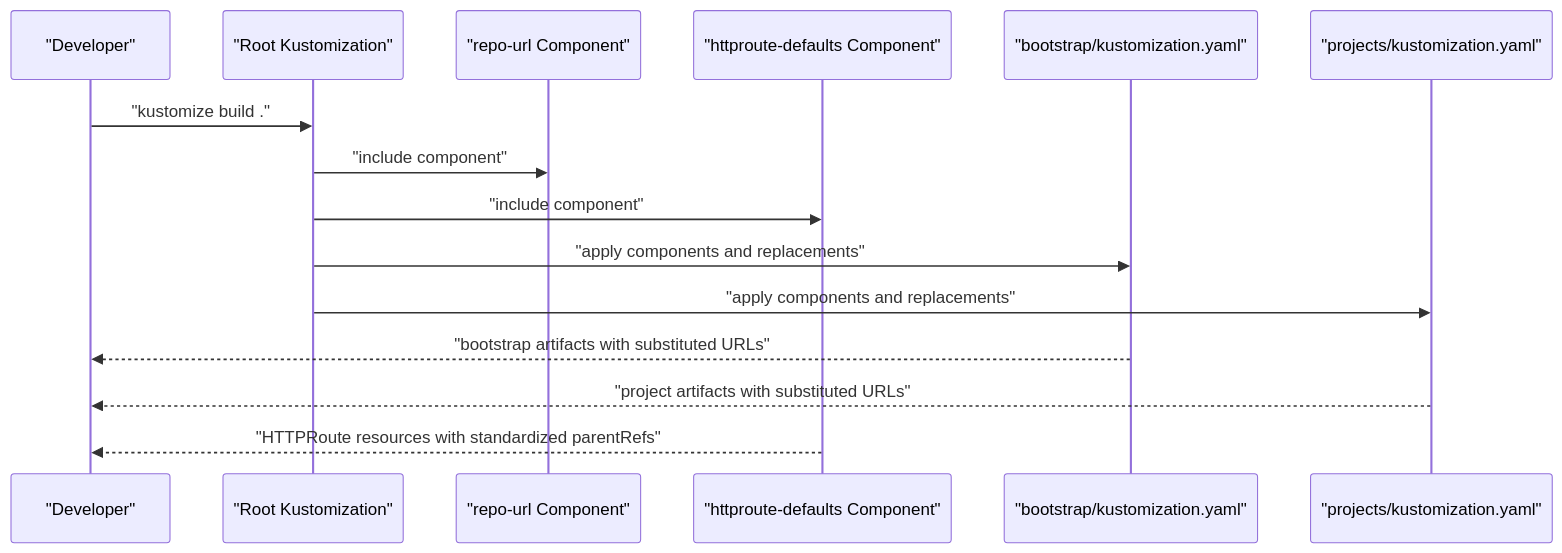
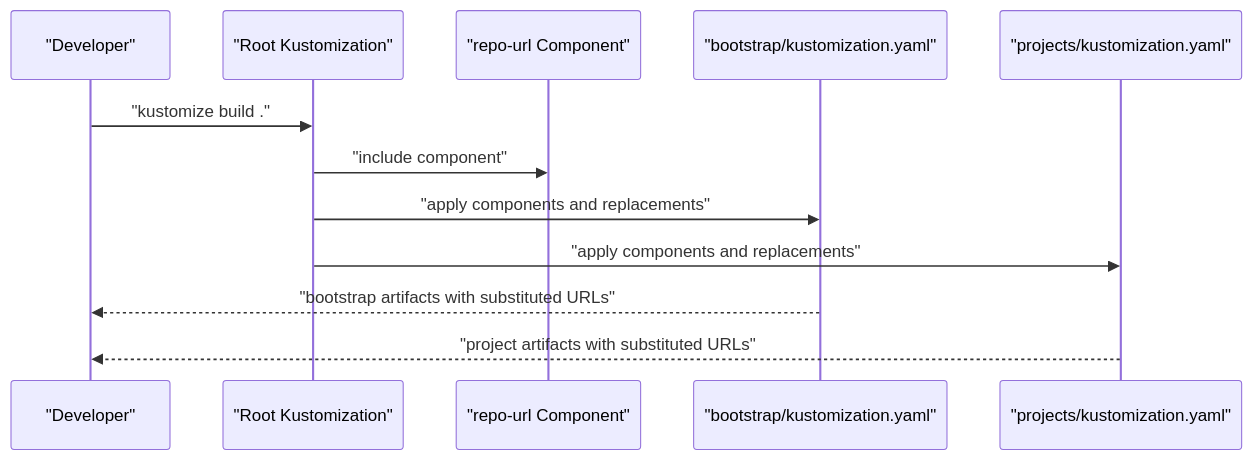
The second of 7 diagrams in .qoder/repowiki/en/content/Architecture and Design/Component-Based Design Patterns.md (Hoangvu75/k8s_manifest), drawn with Mermaid before and after one commit. The commit also changed other lines of this file and 15 other files, not shown here.

````diff
--- a/.qoder/repowiki/en/content/Architecture and Design/Component-Based Design Patterns.md
+++ b/.qoder/repowiki/en/content/Architecture and Design/Component-Based Design Patterns.md
@@ -125,17 +115,14 @@
 ```mermaid
 sequenceDiagram
 participant Dev as "Developer"
 participant Root as "Root Kustomization"
 participant RepoURL as "repo-url Component"
-participant HTTPDefaults as "httproute-defaults Component"
 participant BootstrapK as "bootstrap/kustomization.yaml"
 participant ProjectsK as "projects/kustomization.yaml"
 Dev->>Root : "kustomize build ."
 Root->>RepoURL : "include component"
-Root->>HTTPDefaults : "include component"
 Root->>BootstrapK : "apply components and replacements"
 Root->>ProjectsK : "apply components and replacements"
 BootstrapK-->>Dev : "bootstrap artifacts with substituted URLs"
 ProjectsK-->>Dev : "project artifacts with substituted URLs"
-HTTPDefaults-->>Dev : "HTTPRoute resources with standardized parentRefs"
 ```
````
